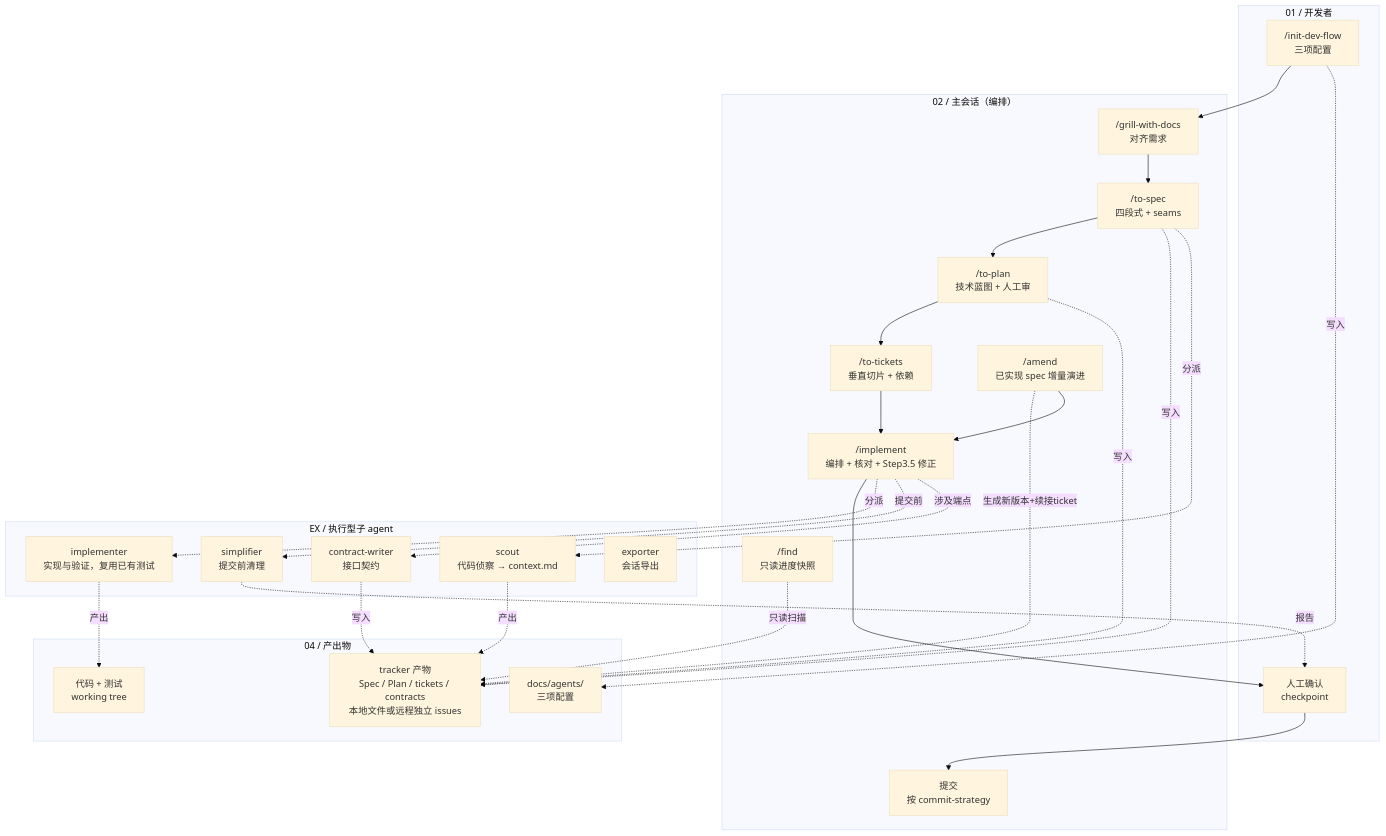
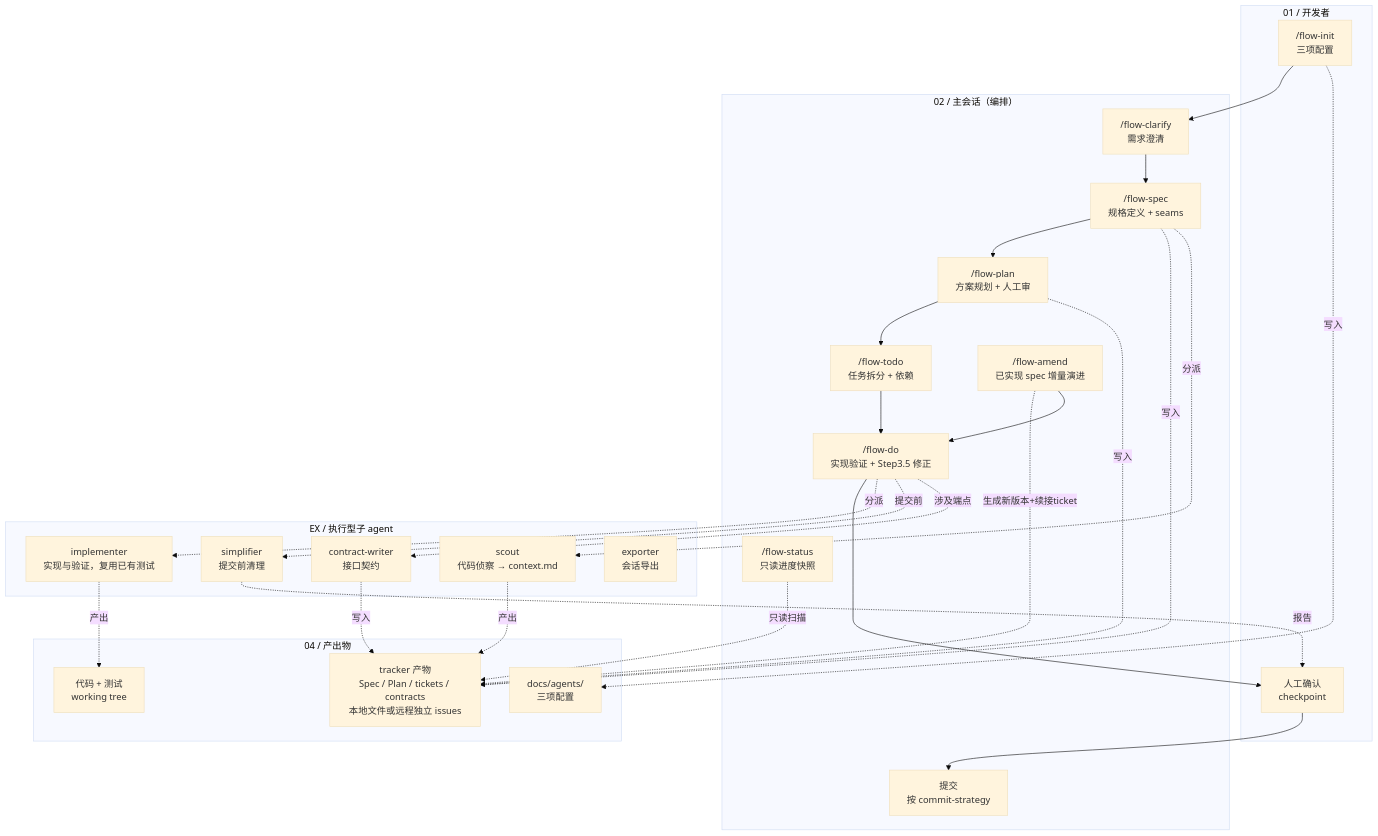
Before and after one commit to ALittleTurtleWhoCannotKnock/xixiwu_skills: the diagram in architecture.md, drawn with Mermaid (base theme). The commit also changed other lines of this file and 23 other files, not shown here.

First line of the commit message:
refactor: 统一 flow 技能命名并完善旧版迁移

````diff
--- a/architecture.md
+++ b/architecture.md
@@ -3,55 +3,55 @@
 ```mermaid
 flowchart TB
     subgraph DEV["01 / 开发者"]
-        init["/init-dev-flow<br/>三项配置"]
+        init["/flow-init<br/>三项配置"]
         checkpoint["人工确认<br/>checkpoint"]
     end
 
     subgraph MAIN["02 / 主会话（编排）"]
-        grill["/grill-with-docs<br/>对齐需求"]
-        spec["/to-spec<br/>四段式 + seams"]
-        plan["/to-plan<br/>技术蓝图 + 人工审"]
-        tickets["/to-tickets<br/>垂直切片 + 依赖"]
-        implement["/implement<br/>编排 + 核对 + Step3.5 修正"]
-        find["/find<br/>只读进度快照"]
-        amend["/amend<br/>已实现 spec 增量演进"]
+        grill["/flow-clarify<br/>需求澄清"]
+        spec["/flow-spec<br/>规格定义 + seams"]
+        plan["/flow-plan<br/>方案规划 + 人工审"]
+        tickets["/flow-todo<br/>任务拆分 + 依赖"]
+        implement["/flow-do<br/>实现验证 + Step3.5 修正"]
+        find["/flow-status<br/>只读进度快照"]
+        amend["/flow-amend<br/>已实现 spec 增量演进"]
         commit["提交<br/>按 commit-strategy"]
     end
 
     subgraph SUB["EX / 执行型子 agent"]
         scout["scout<br/>代码侦察 → context.md"]
         implementer["implementer<br/>实现与验证，复用已有测试"]
         simplifier["simplifier<br/>提交前清理"]
         contractwriter["contract-writer<br/>接口契约"]
         exporter["exporter<br/>会话导出"]
     end
 
     subgraph OUT["04 / 产出物"]
         config["docs/agents/<br/>三项配置"]
         scratch["tracker 产物<br/>Spec / Plan / tickets / contracts<br/>本地文件或远程独立 issues"]
         code["代码 + 测试<br/>working tree"]
     end
 
     init --> grill
     init -.写入.-> config
     grill --> spec
     spec --> plan
     plan --> tickets
     spec -.写入.-> scratch
     plan -.写入.-> scratch
     tickets --> implement
     implement --> checkpoint
     checkpoint --> commit
     amend -.生成新版本+续接ticket.-> scratch
     amend --> implement
 
     spec -.分派.-> scout
     scout -.产出.-> scratch
     implement -.分派.-> implementer
     implementer -.产出.-> code
     implement -.提交前.-> simplifier
     simplifier -.报告.-> checkpoint
     implement -.涉及端点.-> contractwriter
     contractwriter -.写入.-> scratch
     find -.只读扫描.-> scratch
 ```
````
